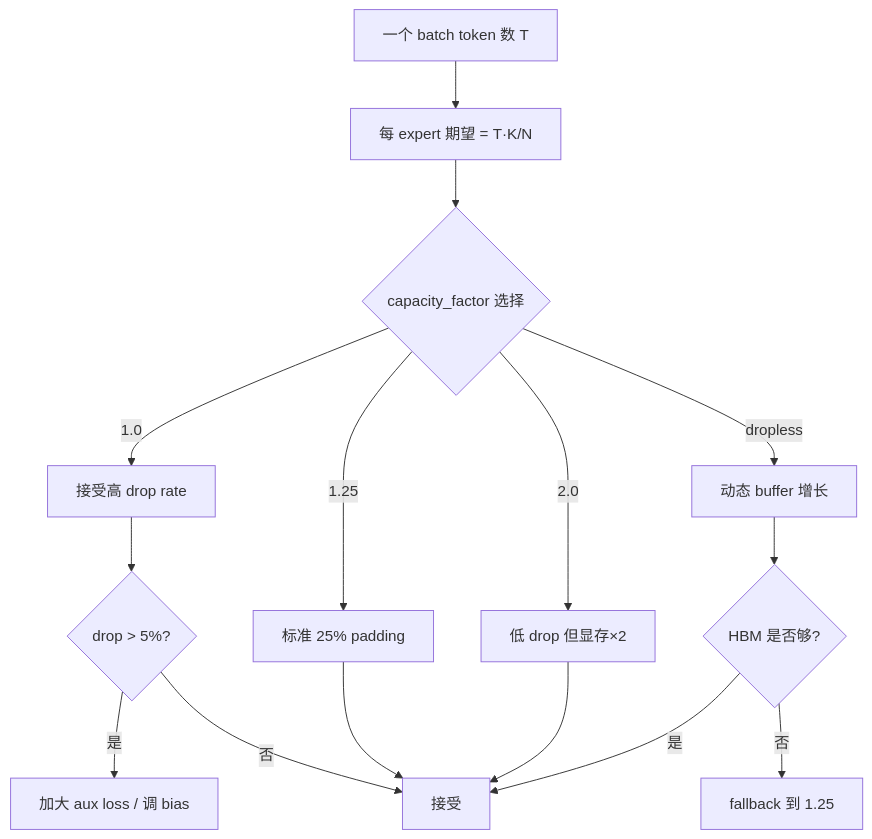
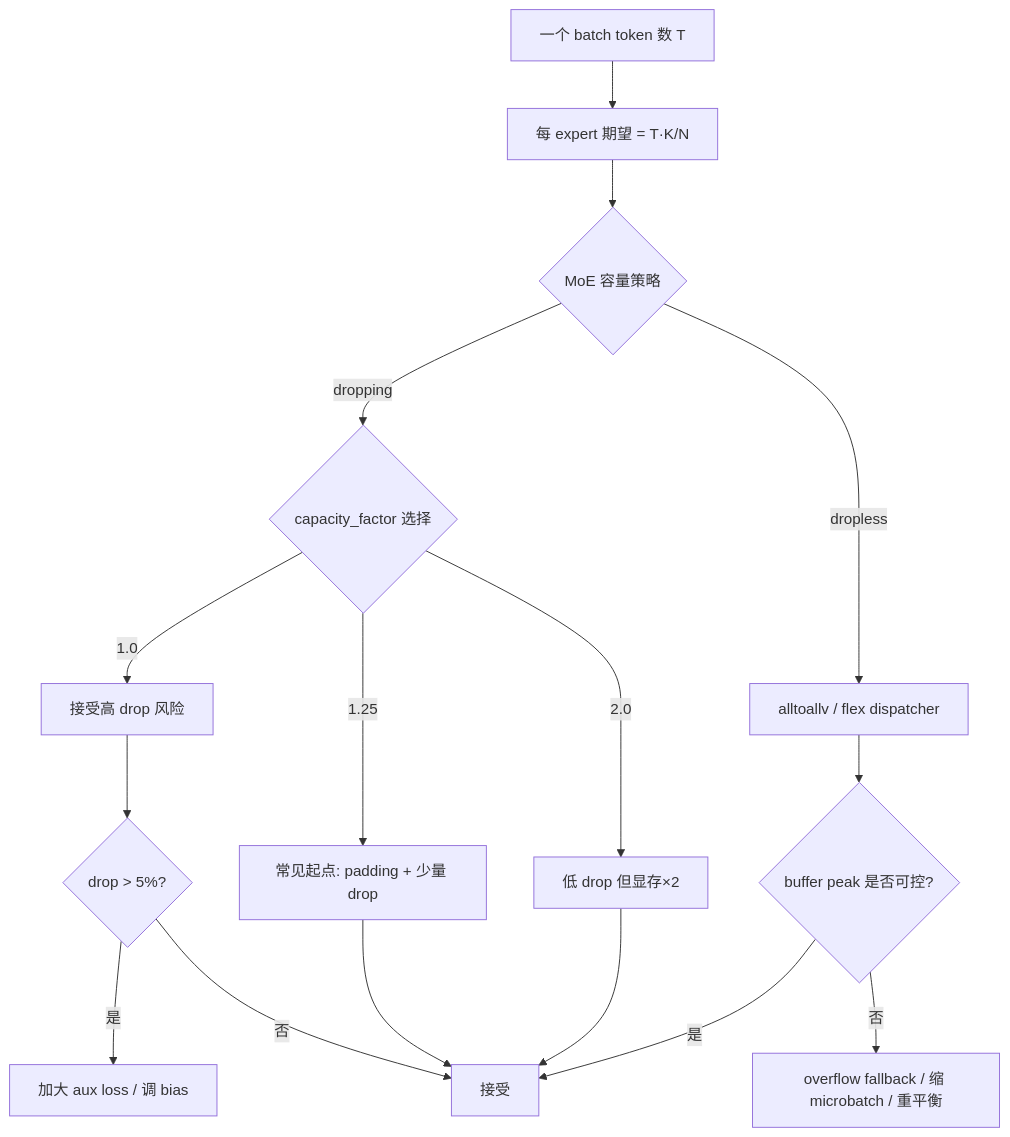
The fourth of 11 diagrams in ai-infra-tutorial/part3-training-infra/09e-moe-training-infrastructure.md (qxhy123/learn), drawn with Mermaid before and after one commit. The commit also changed other lines of this file and 6 other files, not shown here.

````diff
--- a/ai-infra-tutorial/part3-training-infra/09e-moe-training-infrastructure.md
+++ b/ai-infra-tutorial/part3-training-infra/09e-moe-training-infrastructure.md
@@ -389,17 +520,18 @@
 ```mermaid
 flowchart TD
   Start[一个 batch token 数 T] --> Calc[每 expert 期望 = T·K/N]
-  Calc --> CF{capacity_factor 选择}
-  CF -->|1.0| Tight[接受高 drop rate]
-  CF -->|1.25| Std[标准 25% padding]
+  Calc --> Mode{MoE 容量策略}
+  Mode -->|dropping| CF{capacity_factor 选择}
+  Mode -->|dropless| Dyn[alltoallv / flex dispatcher]
+  CF -->|1.0| Tight[接受高 drop 风险]
+  CF -->|1.25| Std[常见起点: padding + 少量 drop]
   CF -->|2.0| Waste[低 drop 但显存×2]
-  CF -->|dropless| Dyn[动态 buffer 增长]
   Tight --> Drop{drop > 5%?}
   Drop -->|是| Aux[加大 aux loss / 调 bias]
   Drop -->|否| OK[接受]
   Std --> OK
   Waste --> OK
-  Dyn --> Mem{HBM 是否够?}
-  Mem -->|否| Fall[fallback 到 1.25]
+  Dyn --> Mem{buffer peak 是否可控?}
+  Mem -->|否| Fall[overflow fallback / 缩 microbatch / 重平衡]
   Mem -->|是| OK
 ```
````
